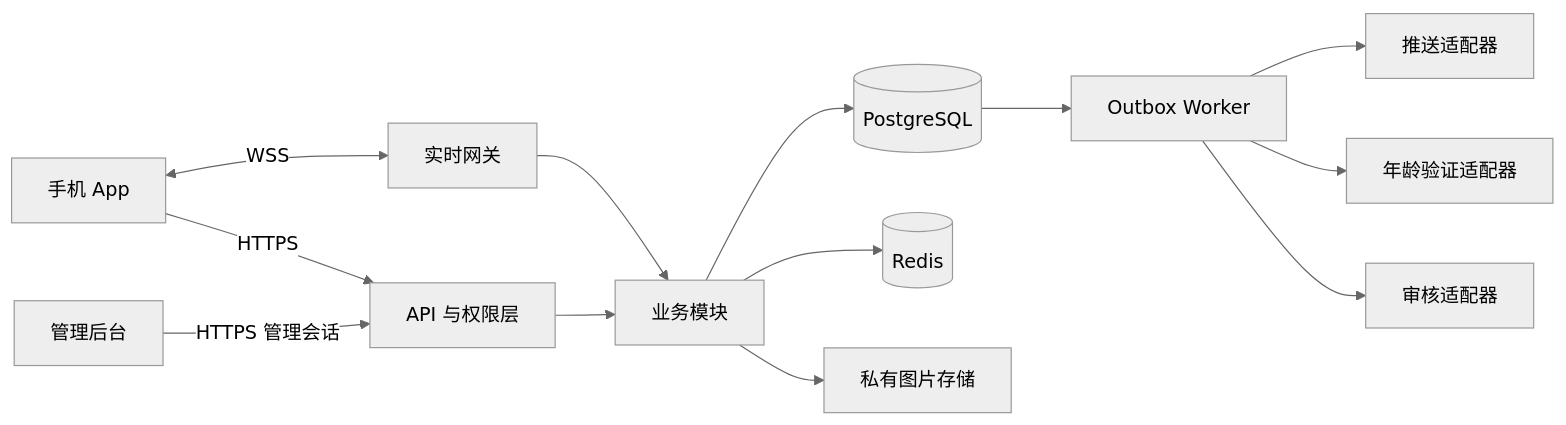
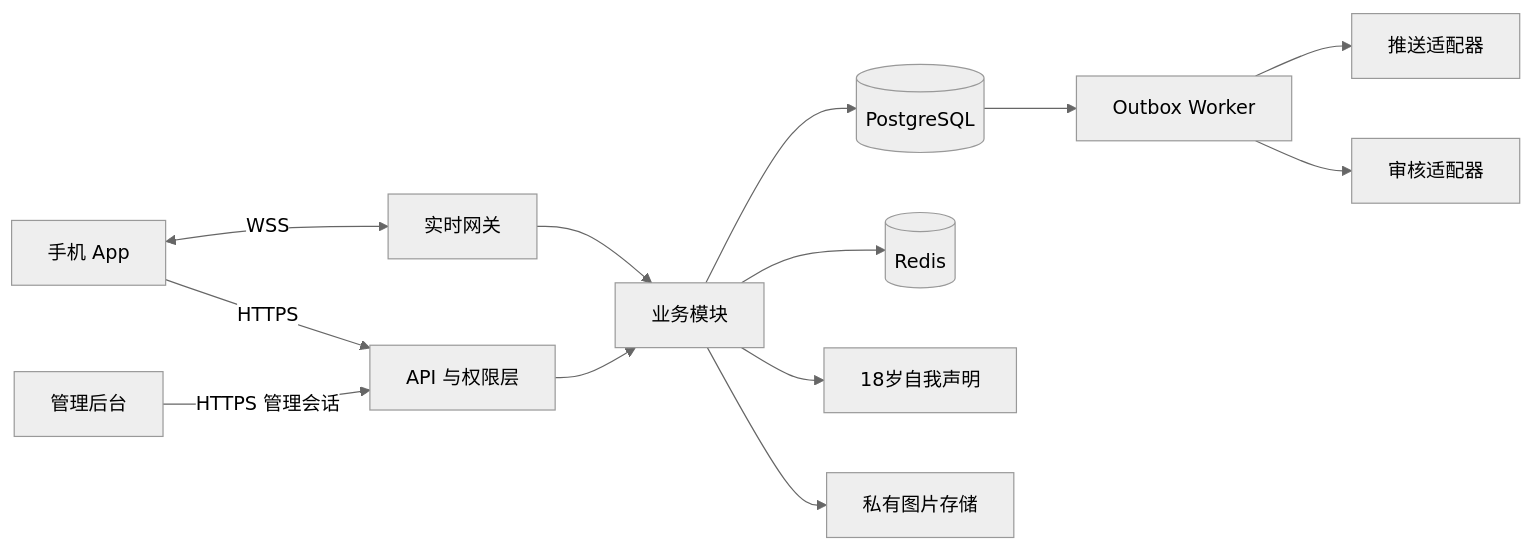
The diagram in docs/superpowers/specs/2026-10-03-social-app-technical-design.md (hirobashi-dev/Youren), drawn with Mermaid (neutral theme) before and after one commit. The commit also changed other lines of this file and 8 other files, not shown here.

````diff
--- a/docs/superpowers/specs/2026-10-03-social-app-technical-design.md
+++ b/docs/superpowers/specs/2026-10-03-social-app-technical-design.md
@@ -36,15 +39,15 @@
 ```mermaid
 flowchart LR
   Mobile[手机 App] -->|HTTPS| API[API 与权限层]
   Mobile <-->|WSS| Gateway[实时网关]
   Admin[管理后台] -->|HTTPS 管理会话| API
   Gateway --> Service[业务模块]
   API --> Service
   Service --> DB[(PostgreSQL)]
   Service --> Redis[(Redis)]
   DB --> Worker[Outbox Worker]
   Worker --> Push[推送适配器]
-  Worker --> Verify[年龄验证适配器]
+  Service --> Declare[18岁自我声明]
   Worker --> Review[审核适配器]
   Service --> Storage[私有图片存储]
 ```
````
